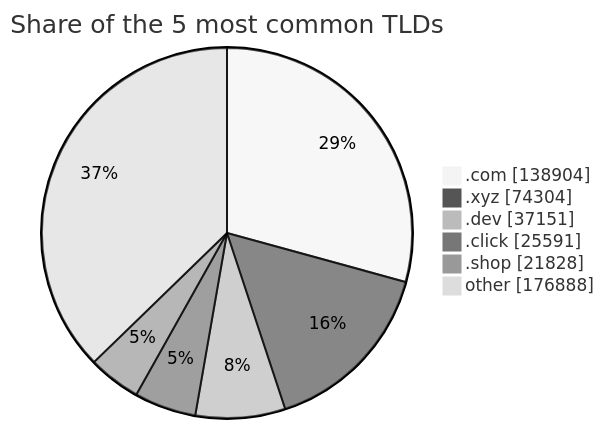
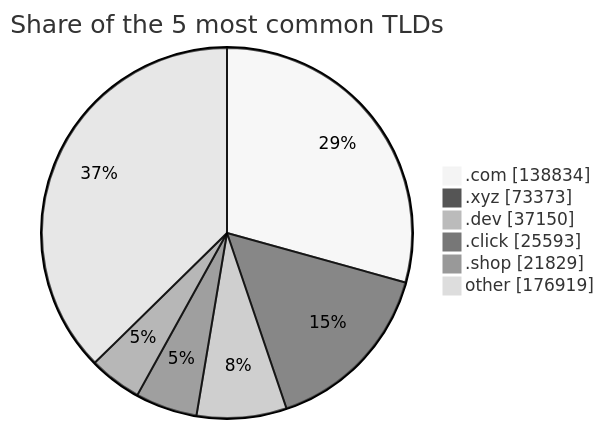
One commit to DNSBunker/CTI changed the third of 3 diagrams in README.md. Above: the diagram before and after it, drawn with Mermaid (neutral theme). The commit also changed other lines of this file and 3 other files, not shown here.

````diff
--- a/README.md
+++ b/README.md
@@ -81,9 +81,9 @@
 ```mermaid
 pie showData title Share of the 5 most common TLDs
-    ".com" : 138904
-    ".xyz" : 74304
-    ".dev" : 37151
-    ".click" : 25591
-    ".shop" : 21828
-    "other" : 176888
+    ".com" : 138834
+    ".xyz" : 73373
+    ".dev" : 37150
+    ".click" : 25593
+    ".shop" : 21829
+    "other" : 176919
 ```
````
